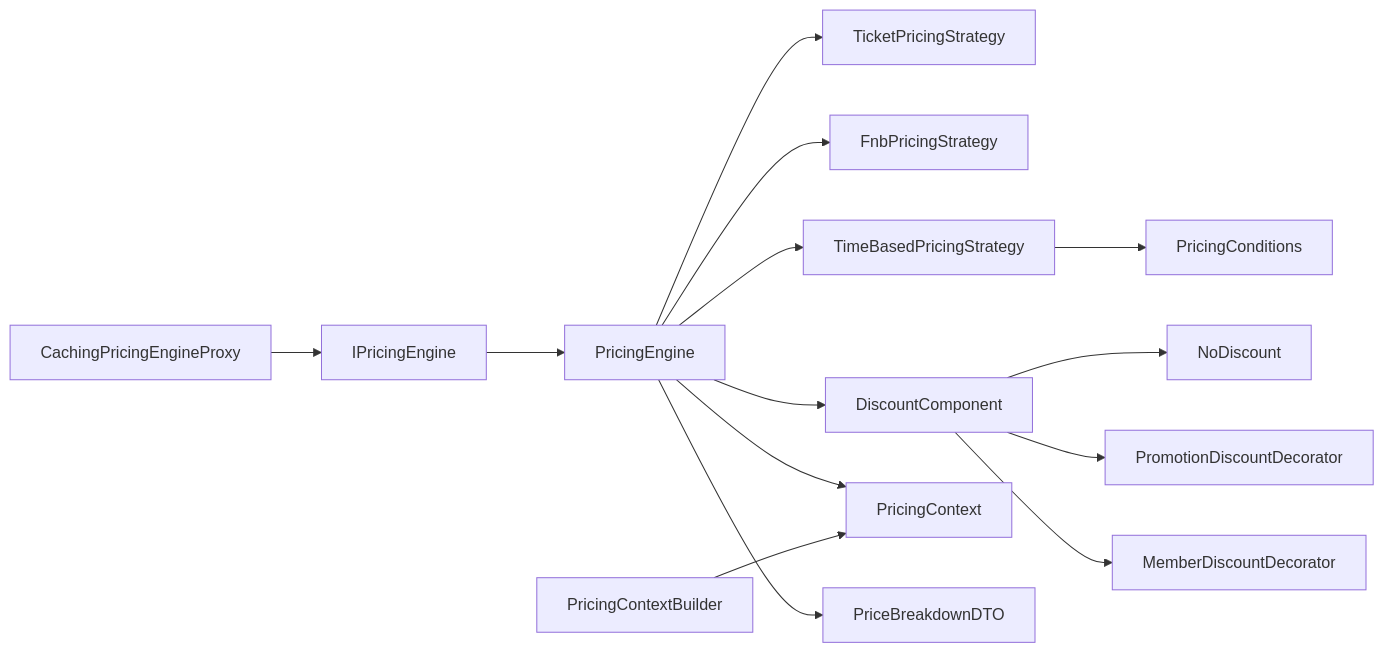
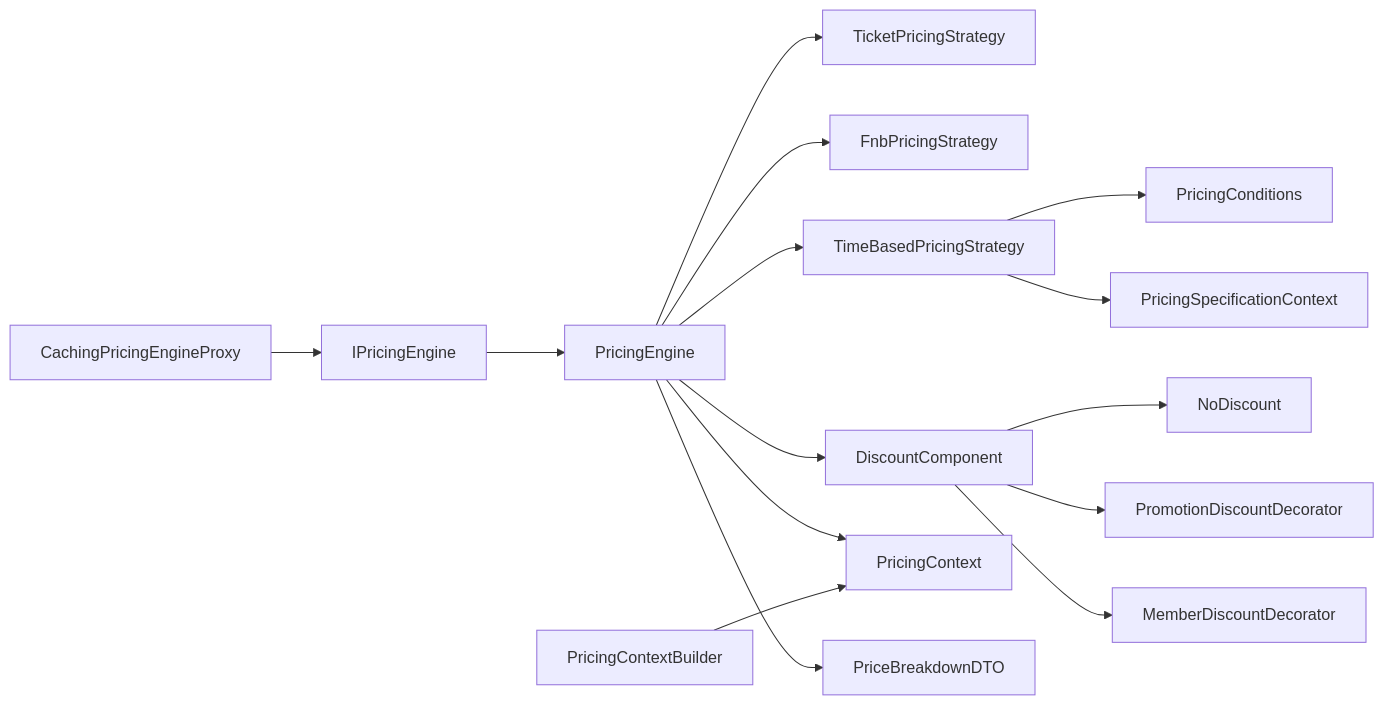
Before and after one commit to anhtudayne/Design_Pattern: diagram 12 of 13 in .qoder/repowiki/en/content/Design Patterns Implementation/Dynamic Pricing Engine.md, drawn with Mermaid. The commit also changed other lines of this file and 101 other files, not shown here.

````diff
--- a/.qoder/repowiki/en/content/Design Patterns Implementation/Dynamic Pricing Engine.md
+++ b/.qoder/repowiki/en/content/Design Patterns Implementation/Dynamic Pricing Engine.md
@@ -513,16 +568,17 @@
 ```mermaid
 graph LR
 PE["PricingEngine"] --> STR1["TicketPricingStrategy"]
 PE --> STR2["FnbPricingStrategy"]
 PE --> STR3["TimeBasedPricingStrategy"]
 PE --> DC["DiscountComponent"]
 PE --> PC["PricingContext"]
 PE --> PBD["PriceBreakdownDTO"]
 PCB["PricingContextBuilder"] --> PC
 STR3 --> SPEC["PricingConditions"]
+STR3 --> SPEC_CTX["PricingSpecificationContext"]
 DC --> NO["NoDiscount"]
 DC --> PD["PromotionDiscountDecorator"]
 DC --> MD["MemberDiscountDecorator"]
 CACHE["CachingPricingEngineProxy"] --> IP["IPricingEngine"]
 IP --> PE
 ```
````
